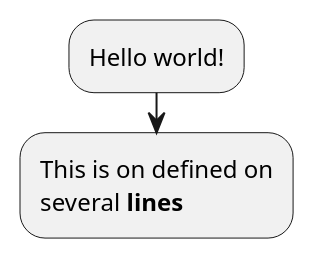
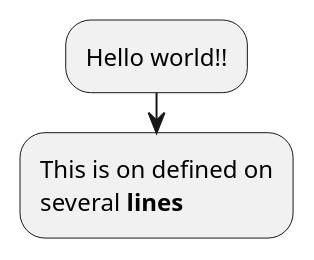
Before and after one commit to HowRuck/generate-plantuml-action: the diagram in example/sample-activity.pu, drawn with PlantUML.

Commit message:
Trigger pipeline

```diff
--- a/example/sample-activity.pu
+++ b/example/sample-activity.pu
@@ -1,5 +1,5 @@
 @startuml
-:Hello world!;
+:Hello world!!;
 :This is on defined on
 several **lines**;
 @enduml
```
